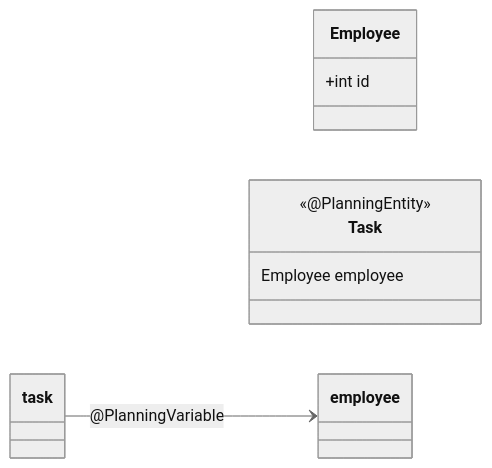
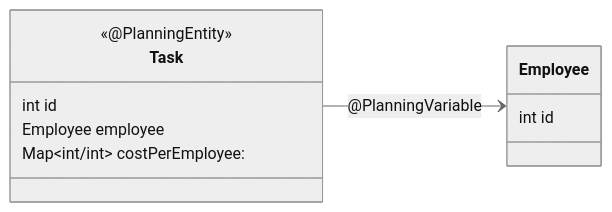
The diagram in dec-03-task-assigning/java/README.md (timefold-sandbox/operations-research-advent-timefold), drawn with Mermaid (neutral theme) before and after one commit.

Commit message:
Day 3 - Java correct diagram

````diff
--- a/dec-03-task-assigning/java/README.md
+++ b/dec-03-task-assigning/java/README.md
@@ -17,16 +17,17 @@
 ```mermaid
 classDiagram
 direction RL
     class Employee {
-        +int id
+        int id
     }
 
-
     class Task {
+        int id
         <<@PlanningEntity>>
         Employee employee
+        Map~int/int~ costPerEmployee: 
         
     }
 
-    employee <-- task:  @PlanningVariable
+    Employee <-- Task:  @PlanningVariable
 ```
````
